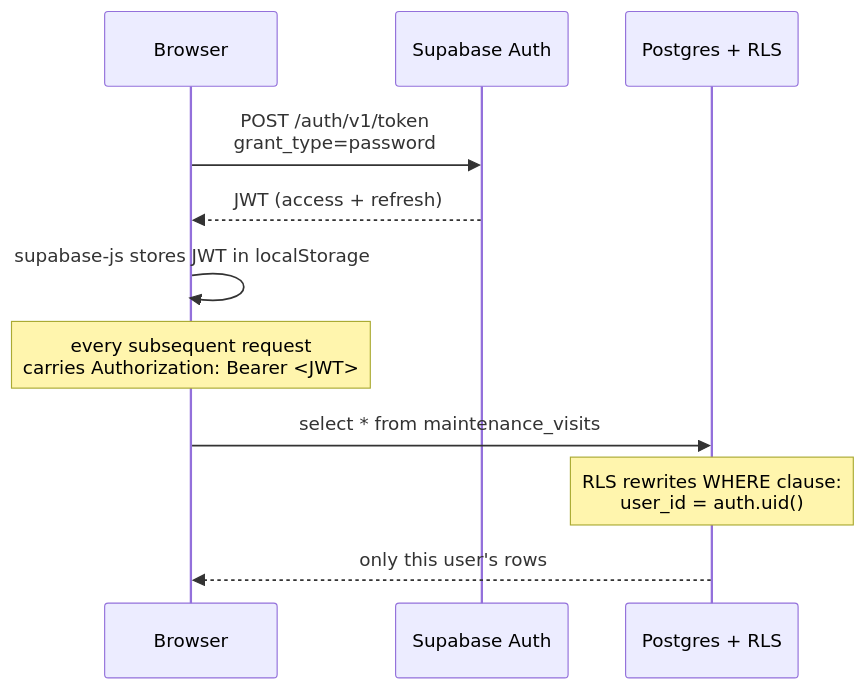
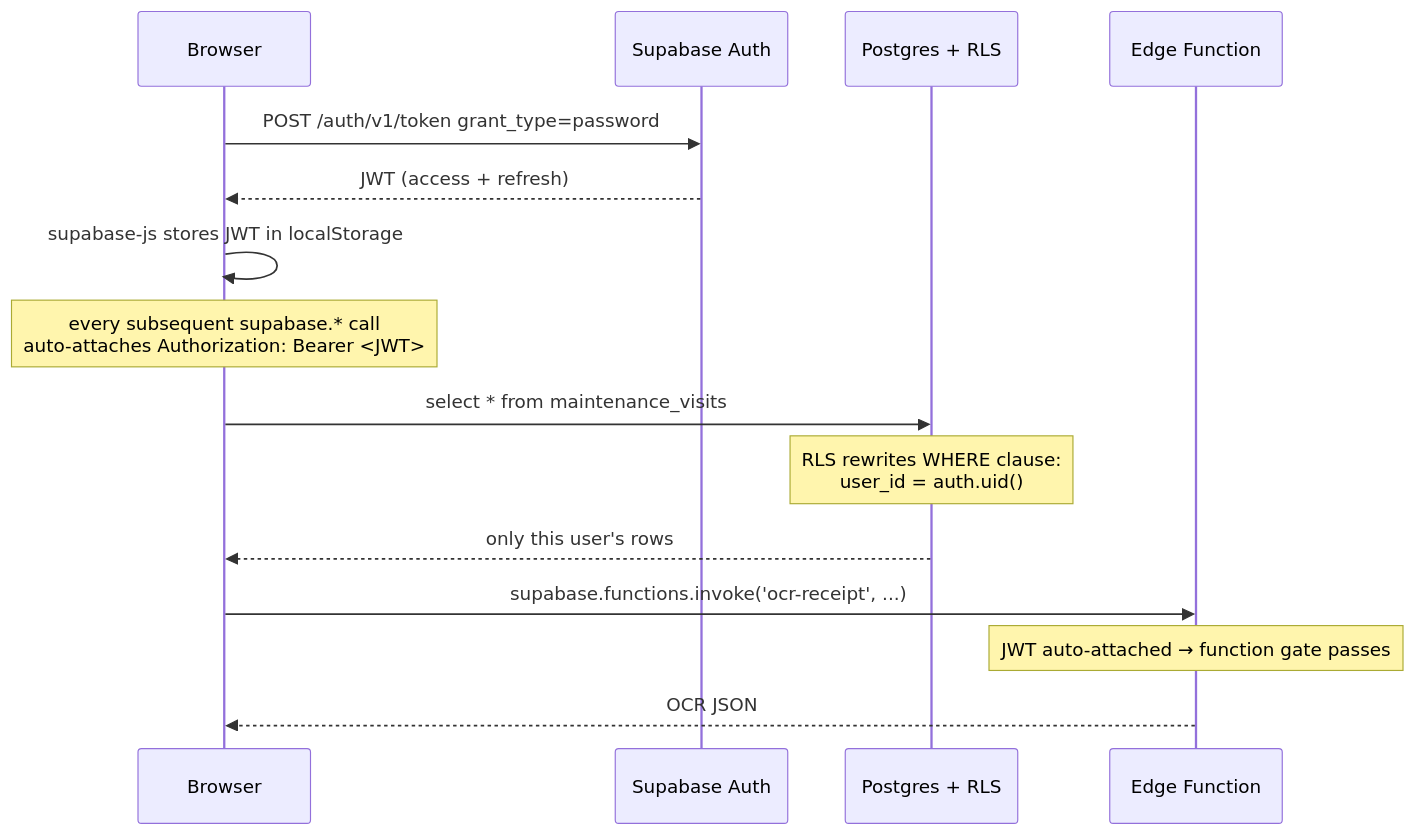
Before and after one commit to DoctorKS/Car_maintainace: the sixth of 6 diagrams in README.md, drawn with Mermaid. The commit also changed other lines of this file and 1 other file, not shown here.

First line of the commit message:
docs: catch up README + CLAUDE on server-direct + dock + OCR

````diff
--- a/README.md
+++ b/README.md
@@ -304,15 +335,20 @@
 ```mermaid
 sequenceDiagram
     participant B as Browser
     participant SA as Supabase Auth
     participant P as Postgres + RLS
+    participant EF as Edge Function
 
-    B->>SA: POST /auth/v1/token<br/>grant_type=password
+    B->>SA: POST /auth/v1/token grant_type=password
     SA-->>B: JWT (access + refresh)
     B->>B: supabase-js stores JWT in localStorage
-    Note over B: every subsequent request<br/>carries Authorization: Bearer <JWT>
+    Note over B: every subsequent supabase.* call<br/>auto-attaches Authorization: Bearer <JWT>
 
     B->>P: select * from maintenance_visits
     Note over P: RLS rewrites WHERE clause:<br/>user_id = auth.uid()
     P-->>B: only this user's rows
+
+    B->>EF: supabase.functions.invoke('ocr-receipt', ...)
+    Note over EF: JWT auto-attached → function gate passes
+    EF-->>B: OCR JSON
 ```
````
